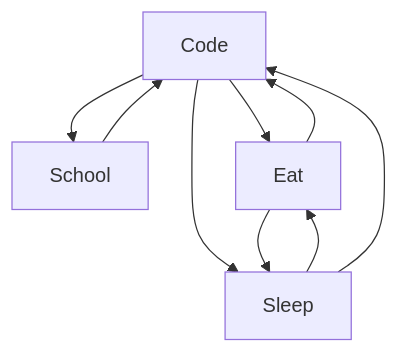
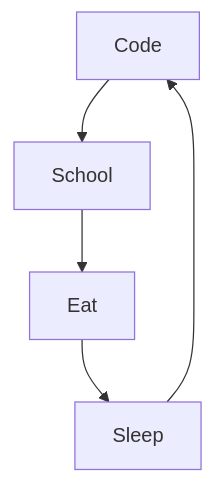
Before and after one commit to ztara21/ztara21: the diagram in README.md, drawn with Mermaid.

````diff
--- a/README.md
+++ b/README.md
@@ -34,11 +34,7 @@
 ```mermaid
   graph TD;
       Code-->School;
-      School-->Code;
-      Code-->Eat;
-      Eat-->Code;
-      Code-->Sleep;
-      Sleep-->Eat;
+      School-->Eat;
       Eat-->Sleep;
       Sleep-->Code;
 ```
````
